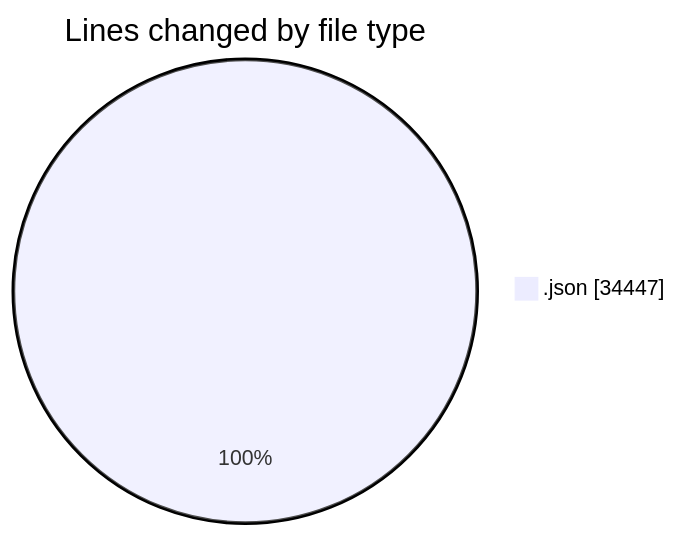
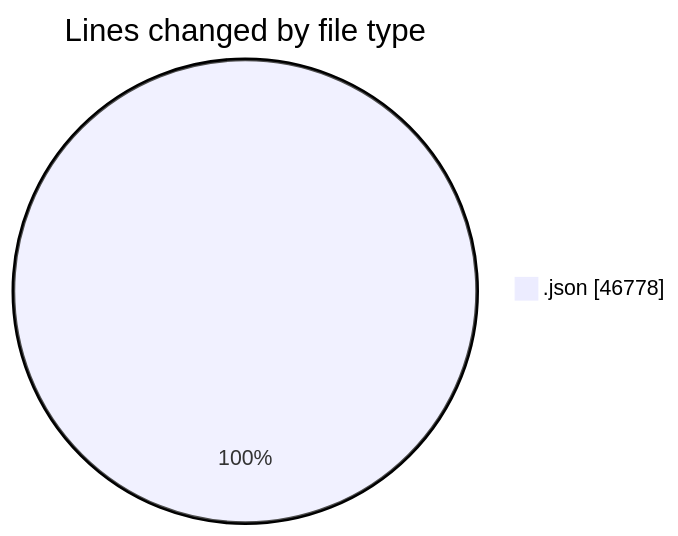
One commit to lephambinh05/code-tracking changed the first of 2 diagrams in 2025-07-11/eduwallet-main/README.md. Above: the diagram before and after it, drawn with Mermaid. The commit also changed other lines of this file and 1 other file, not shown here.

````diff
--- a/2025-07-11/eduwallet-main/README.md
+++ b/2025-07-11/eduwallet-main/README.md
@@ -21,5 +21,5 @@
 ```mermaid
 pie showData
 title Lines changed by file type
-".json" : 34447
+".json" : 46778
 ```
````
